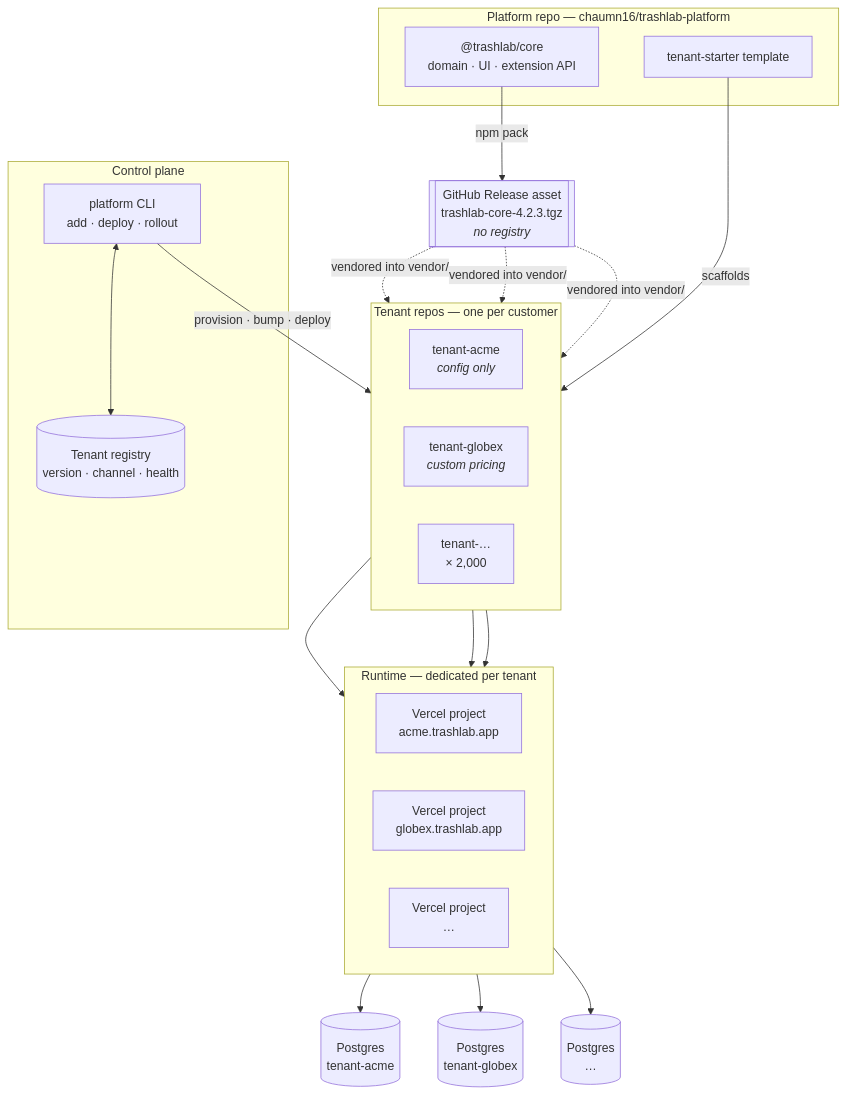
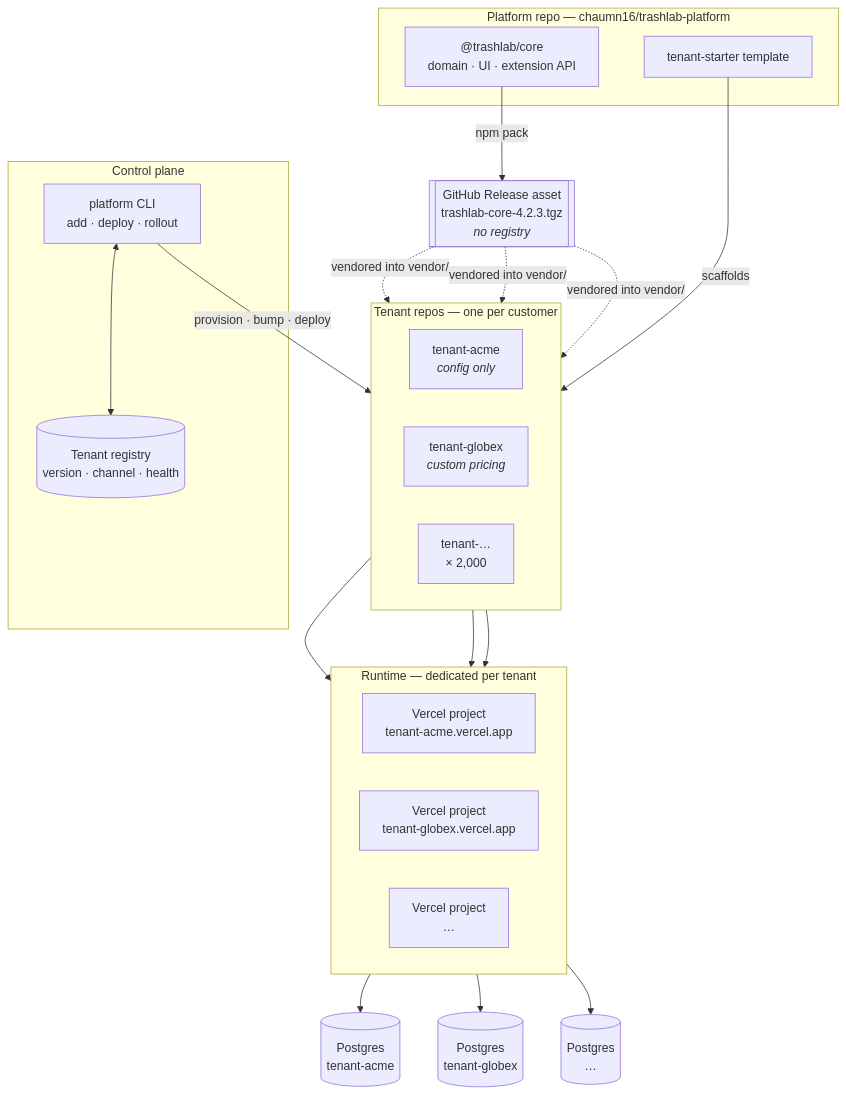
The first of 7 diagrams in docs/ARCHITECTURE.md (chaumn16/trashlab-platform), drawn with Mermaid before and after one commit. The commit also changed 12 other files, not shown here.

````diff
--- a/docs/ARCHITECTURE.md
+++ b/docs/ARCHITECTURE.md
@@ -20,42 +20,42 @@
 ```mermaid
 flowchart TB
     subgraph CP["Control plane"]
         REG[("Tenant registry<br/>version · channel · health")]
         CLI["platform CLI<br/>add · deploy · rollout"]
         CLI <--> REG
     end
 
     subgraph PLAT["Platform repo — chaumn16/trashlab-platform"]
         CORE["@trashlab/core<br/>domain · UI · extension API"]
         TPL["tenant-starter template"]
     end
 
     PKG[["GitHub Release asset<br/>trashlab-core-4.2.3.tgz<br/><i>no registry</i>"]]
     CORE -->|npm pack| PKG
 
     subgraph TENANTS["Tenant repos — one per customer"]
         direction LR
         R1["tenant-acme<br/><i>config only</i>"]
         R2["tenant-globex<br/><i>custom pricing</i>"]
         R3["tenant-…<br/>× 2,000"]
     end
 
     PKG -.->|vendored into vendor/| R1 & R2 & R3
     TPL -->|scaffolds| TENANTS
     CLI -->|provision · bump · deploy| TENANTS
 
     subgraph RUNTIME["Runtime — dedicated per tenant"]
         direction LR
-        V1["Vercel project<br/>acme.trashlab.app"]
-        V2["Vercel project<br/>globex.trashlab.app"]
+        V1["Vercel project<br/>tenant-acme.vercel.app"]
+        V2["Vercel project<br/>tenant-globex.vercel.app"]
         V3["Vercel project<br/>…"]
     end
 
     R1 --> V1
     R2 --> V2
     R3 --> V3
 
     V1 --> D1[("Postgres<br/>tenant-acme")]
     V2 --> D2[("Postgres<br/>tenant-globex")]
     V3 --> D3[("Postgres<br/>…")]
 ```
````
